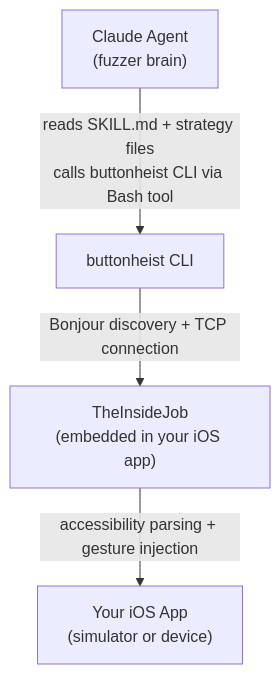
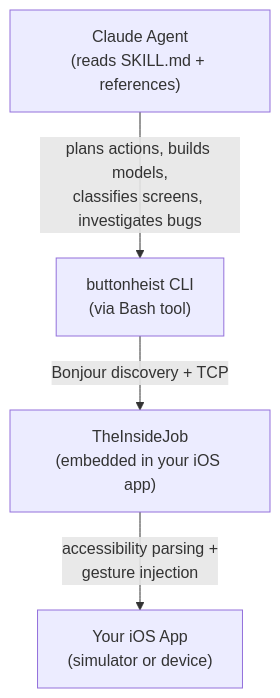
The diagram in ai-fuzzer/README.md (RoyalPineapple/TheButtonHeist), drawn with Mermaid before and after one commit. The commit also changed other lines of this file and 26 other files, not shown here.

````diff
--- a/ai-fuzzer/README.md
+++ b/ai-fuzzer/README.md
@@ -9,6 +75,6 @@
 ```mermaid
 graph TB
-    Agent["Claude Agent<br>(fuzzer brain)"] -->|"reads SKILL.md + strategy files<br>calls buttonheist CLI via Bash tool"| CLI["buttonheist CLI"]
-    CLI -->|"Bonjour discovery + TCP connection"| IJ["TheInsideJob<br>(embedded in your iOS app)"]
-    IJ -->|"accessibility parsing + gesture injection"| App["Your iOS App<br>(simulator or device)"]
+    Agent["Claude Agent<br/>(reads SKILL.md + references)"] -->|"plans actions, builds models,<br/>classifies screens, investigates bugs"| CLI["buttonheist CLI<br/>(via Bash tool)"]
+    CLI -->|"Bonjour discovery + TCP"| IJ["TheInsideJob<br/>(embedded in your iOS app)"]
+    IJ -->|"accessibility parsing +<br/>gesture injection"| App["Your iOS App<br/>(simulator or device)"]
 ```
````
